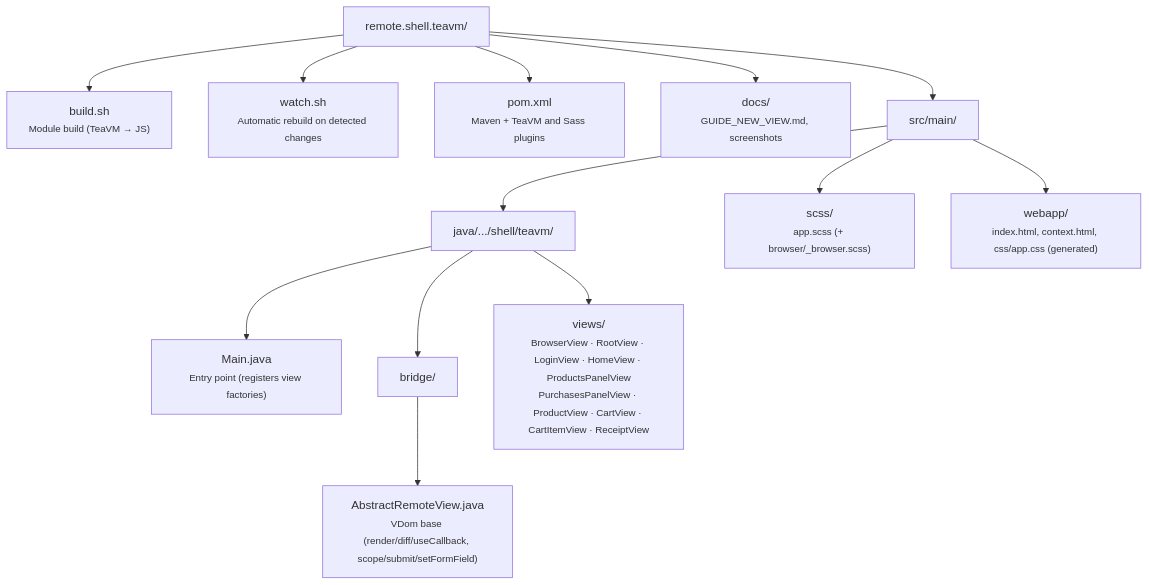
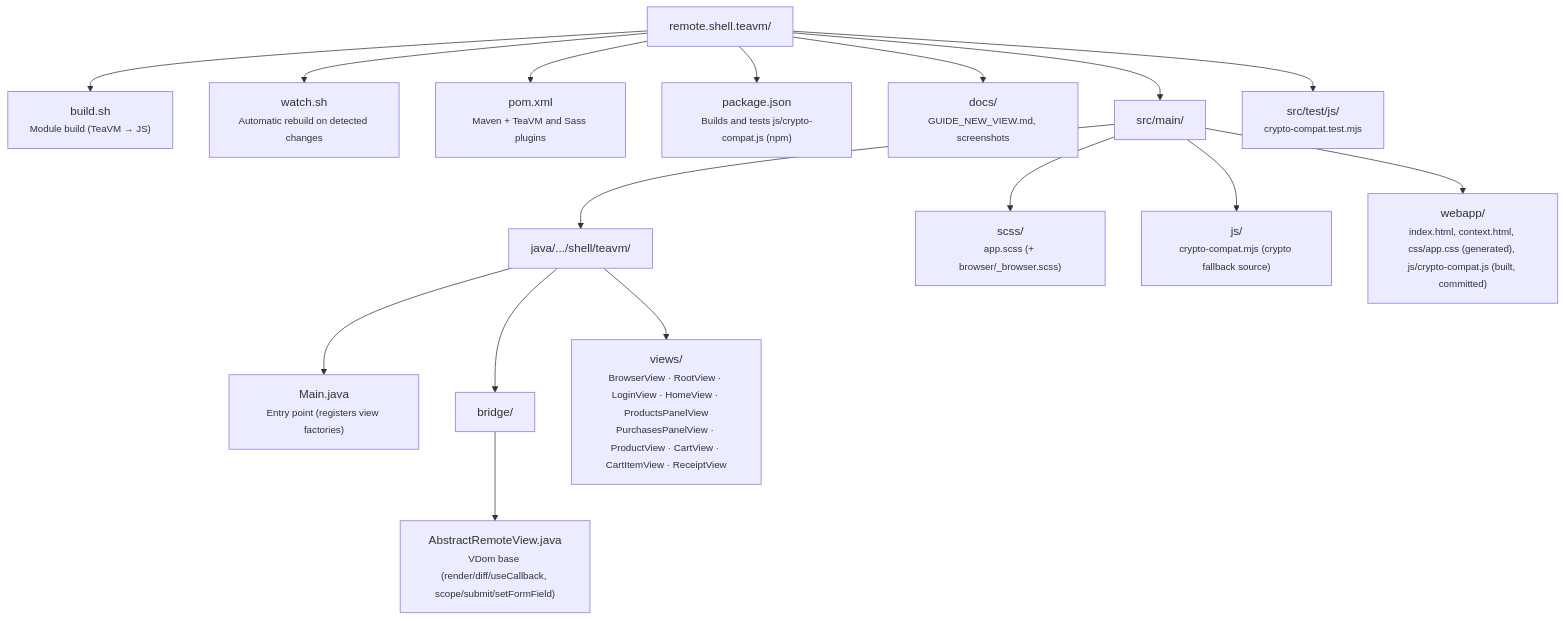
The third of 4 diagrams in fontes/br.com.wdc.store/br.com.wdc.store.view.remote/remote.shell.teavm/README.md (mrcdom/wdc-cube-java-v2), drawn with Mermaid before and after one commit. The commit also changed other lines of this file and 19 other files, not shown here.

````diff
--- a/fontes/br.com.wdc.store/br.com.wdc.store.view.remote/remote.shell.teavm/README.md
+++ b/fontes/br.com.wdc.store/br.com.wdc.store.view.remote/remote.shell.teavm/README.md
@@ -54,29 +54,35 @@
 ```mermaid
 graph TD
     root["remote.shell.teavm/"]
     buildsh["build.sh<br/><small>Module build (TeaVM → JS)</small>"]
     watchsh["watch.sh<br/><small>Automatic rebuild on detected changes</small>"]
     pom["pom.xml<br/><small>Maven + TeaVM and Sass plugins</small>"]
+    pkg["package.json<br/><small>Builds and tests js/crypto-compat.js (npm)</small>"]
     docs["docs/<br/><small>GUIDE_NEW_VIEW.md, screenshots</small>"]
     srcMain["src/main/"]
     java["java/.../shell/teavm/"]
     main["Main.java<br/><small>Entry point (registers view factories)</small>"]
     bridge["bridge/"]
     arv["AbstractRemoteView.java<br/><small>VDom base (render/diff/useCallback, scope/submit/setFormField)</small>"]
     views["views/<br/><small>BrowserView · RootView · LoginView · HomeView · ProductsPanelView<br/>PurchasesPanelView · ProductView · CartView · CartItemView · ReceiptView</small>"]
     scss["scss/<br/><small>app.scss (+ browser/_browser.scss)</small>"]
-    webapp["webapp/<br/><small>index.html, context.html, css/app.css (generated)</small>"]
+    jsSrc["js/<br/><small>crypto-compat.mjs (crypto fallback source)</small>"]
+    webapp["webapp/<br/><small>index.html, context.html, css/app.css (generated), js/crypto-compat.js (built, committed)</small>"]
+    srcTest["src/test/js/<br/><small>crypto-compat.test.mjs</small>"]
 
     root --> buildsh
     root --> watchsh
     root --> pom
+    root --> pkg
     root --> docs
     root --> srcMain
+    root --> srcTest
     srcMain --> java
     srcMain --> scss
+    srcMain --> jsSrc
     srcMain --> webapp
     java --> main
     java --> bridge
     java --> views
     bridge --> arv
 ```
````
